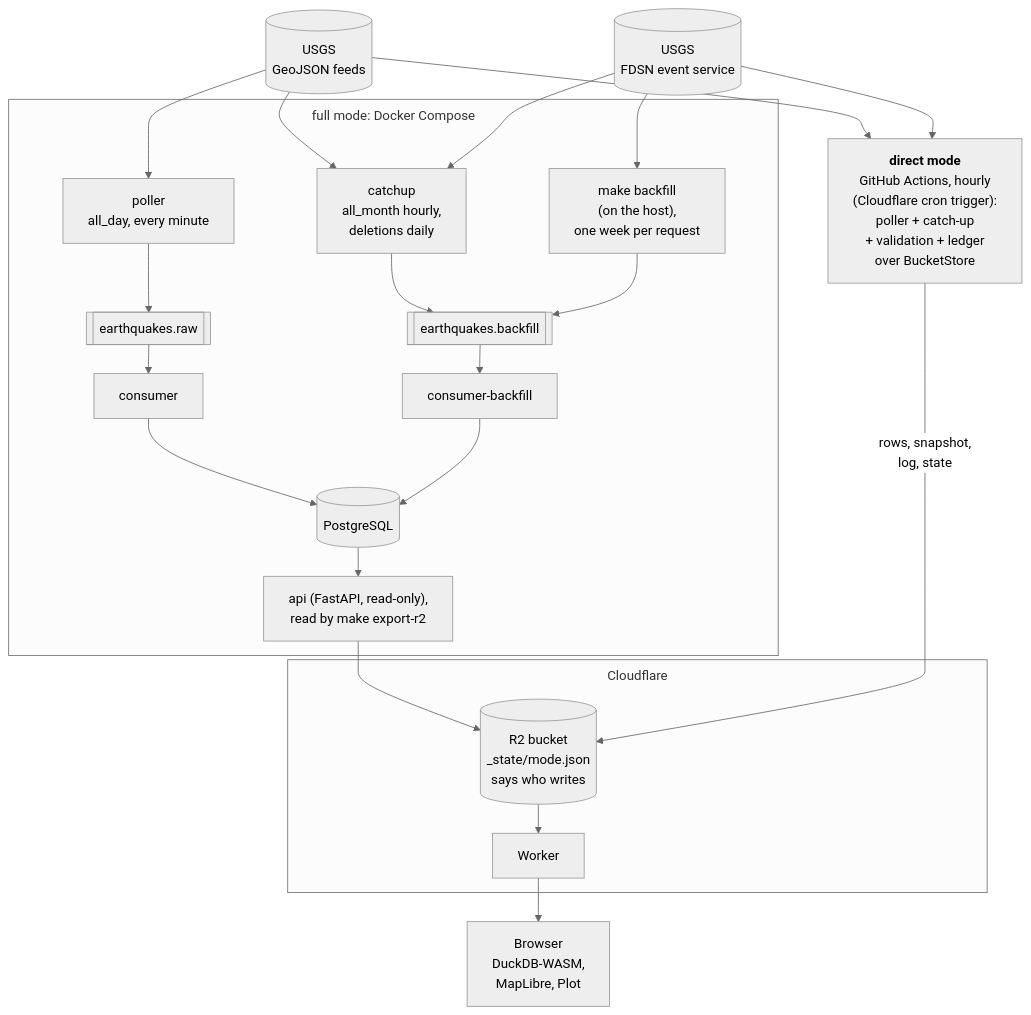
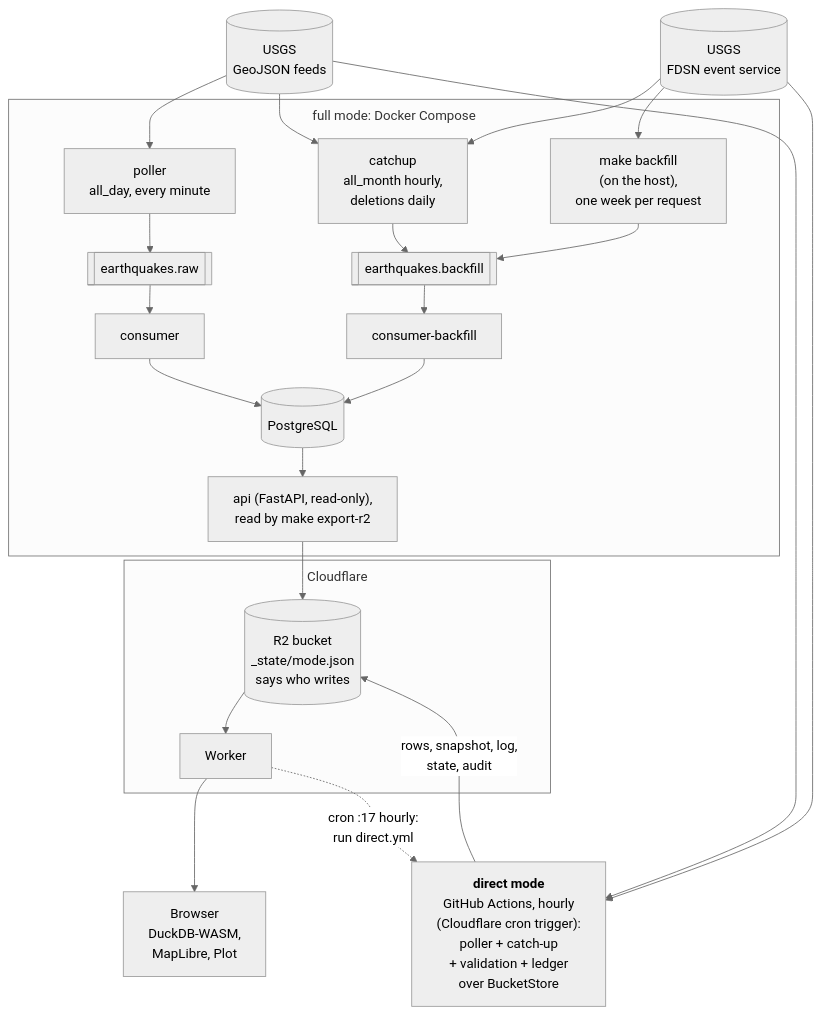
The first of 8 diagrams in docs/technical/architecture.md (dienarvaez1/earth-hub), drawn with Mermaid (neutral theme) before and after one commit. The commit also changed other lines of this file and 13 other files, not shown here.

````diff
--- a/docs/technical/architecture.md
+++ b/docs/technical/architecture.md
@@ -7,46 +7,47 @@
 ```mermaid
 %%{init: {"flowchart": {"rankSpacing": 35, "nodeSpacing": 100, "subGraphTitleMargin": {"top": 8, "bottom": 22}}}}%%
 flowchart TB
     usgs[("USGS<br/>GeoJSON feeds")]
     fdsn[("USGS<br/>FDSN event service")]
 
     subgraph docker["full mode: Docker Compose"]
         poller["poller<br/>all_day, every minute"]
         catchup["catchup<br/>all_month hourly,<br/>deletions daily"]
         backfill["make backfill<br/>(on the host),<br/>one week per request"]
         raw[["earthquakes.raw"]]
         bf[["earthquakes.backfill"]]
         consumer["consumer"]
         consumerbf["consumer-backfill"]
         pg[("PostgreSQL")]
         api["api (FastAPI, read-only),<br/>read by make export-r2"]
     end
 
     direct["<b>direct mode</b><br/>GitHub Actions, hourly<br/>(Cloudflare cron trigger):<br/>poller + catch-up<br/>+ validation + ledger<br/>over BucketStore"]
 
     subgraph cloud["Cloudflare"]
         r2[("R2 bucket<br/>_state/mode.json<br/>says who writes")]
         worker["Worker"]
     end
 
     browser["Browser<br/>DuckDB-WASM,<br/>MapLibre, Plot"]
 
     usgs --> poller
     usgs --> catchup
     fdsn --> catchup
     fdsn --> backfill
     usgs --> direct
     fdsn --> direct
     poller --> raw
     catchup --> bf
     backfill --> bf
     raw --> consumer
     bf --> consumerbf
     consumer --> pg
     consumerbf --> pg
     pg --> api
     api --> r2
-    direct -- "rows, snapshot,<br/>log, state" --> r2
+    direct -- "rows, snapshot, log,<br/>state, audit" --> r2
     r2 --> worker
     worker --> browser
+    worker -. "cron :17 hourly:<br/>run direct.yml" .-> direct
 ```
````
